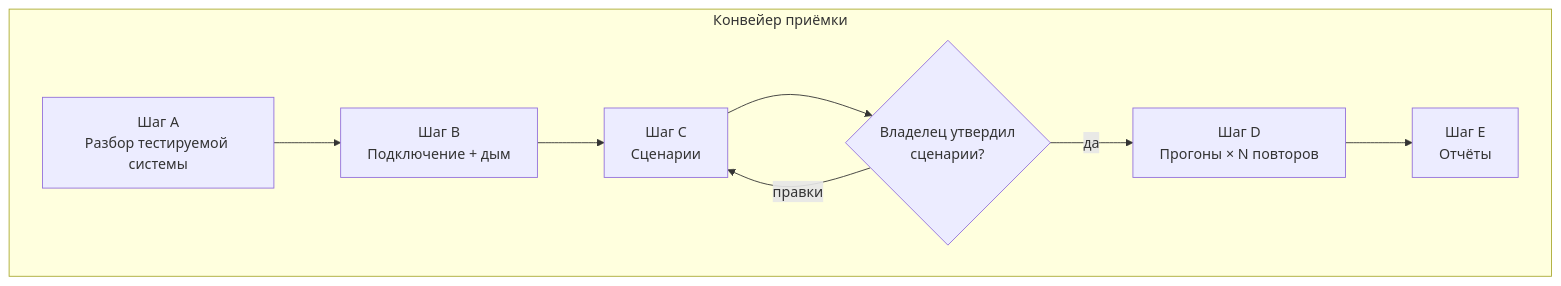
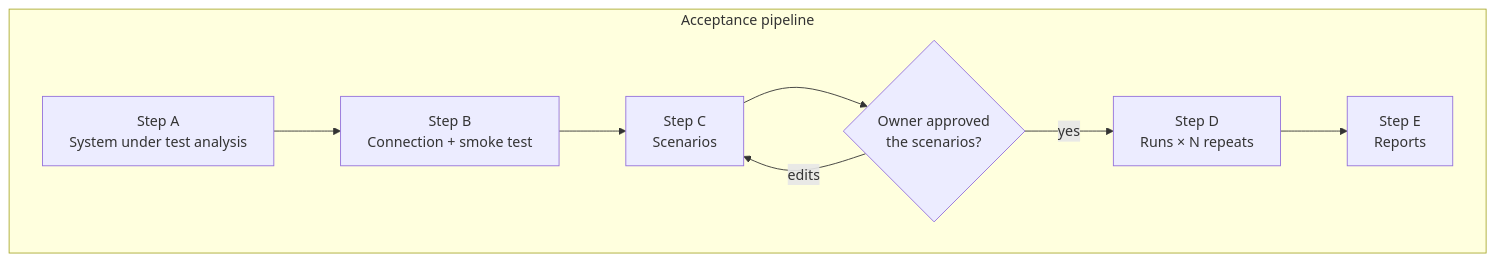
Before and after one commit to vonavikon/qa-agent-evals: the diagram in docs/architecture.md, drawn with Mermaid. The commit also changed other lines of this file and 6 other files, not shown here.

Commit message:
translate architecture.md and three research notes to English with STE rules, move the benchmarks log header to English and regenerate the page

````diff
--- a/docs/architecture.md
+++ b/docs/architecture.md
@@ -25,11 +25,11 @@
 ```mermaid
 flowchart TB
-    subgraph PHASES["Конвейер приёмки"]
-        A["Шаг A<br/>Разбор тестируемой системы"] --> B["Шаг B<br/>Подключение + дым"]
-        B --> C["Шаг C<br/>Сценарии"]
-        C --> H{"Владелец утвердил<br/>сценарии?"}
-        H -- "да" --> D["Шаг D<br/>Прогоны × N повторов"]
-        H -- "правки" --> C
-        D --> E["Шаг E<br/>Отчёты"]
+    subgraph PHASES["Acceptance pipeline"]
+        A["Step A<br/>System under test analysis"] --> B["Step B<br/>Connection + smoke test"]
+        B --> C["Step C<br/>Scenarios"]
+        C --> H{"Owner approved<br/>the scenarios?"}
+        H -- "yes" --> D["Step D<br/>Runs × N repeats"]
+        H -- "edits" --> C
+        D --> E["Step E<br/>Reports"]
     end
 ```
````
